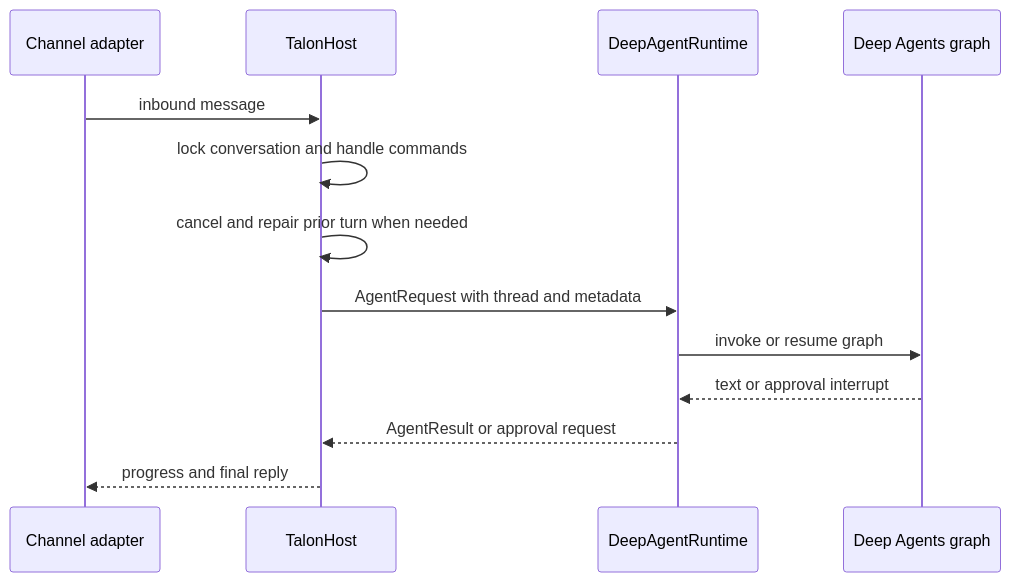
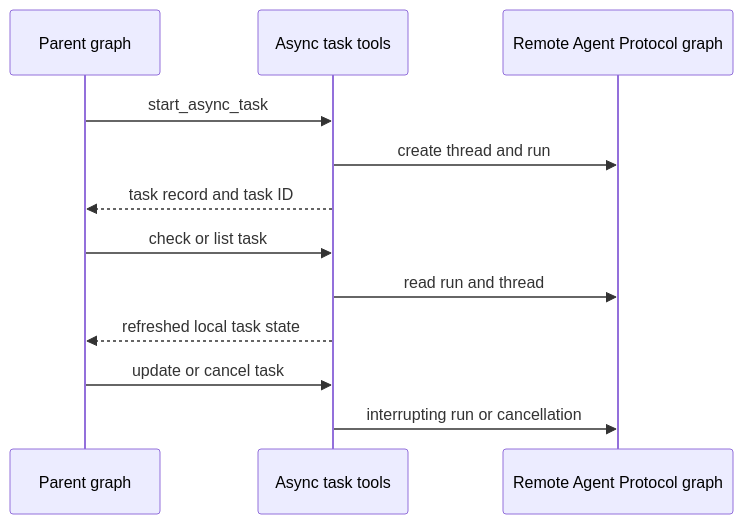
Before and after one commit to langchain-ai/deepagents: the third of 3 diagrams in openwiki/architecture/source-map.md, drawn with Mermaid. The commit also changed other lines of this file and 30 other files, not shown here.

````diff
--- a/openwiki/architecture/source-map.md
+++ b/openwiki/architecture/source-map.md
@@ -109,15 +99,14 @@
 ```mermaid
 sequenceDiagram
-  participant Channel as Channel adapter
-  participant Host as TalonHost
-  participant Runtime as DeepAgentRuntime
-  participant Graph as Deep Agents graph
-  Channel->>Host: inbound message
-  Host->>Host: lock conversation and handle commands
-  Host->>Host: cancel and repair prior turn when needed
-  Host->>Runtime: AgentRequest with thread and metadata
-  Runtime->>Graph: invoke or resume graph
-  Graph-->>Runtime: text or approval interrupt
-  Runtime-->>Host: AgentResult or approval request
-  Host-->>Channel: progress and final reply
+  participant Parent as Parent graph
+  participant Tools as Async task tools
+  participant Remote as Remote Agent Protocol graph
+  Parent->>Tools: start_async_task
+  Tools->>Remote: create thread and run
+  Tools-->>Parent: task record and task ID
+  Parent->>Tools: check or list task
+  Tools->>Remote: read run and thread
+  Tools-->>Parent: refreshed local task state
+  Parent->>Tools: update or cancel task
+  Tools->>Remote: interrupting run or cancellation
 ```
````
